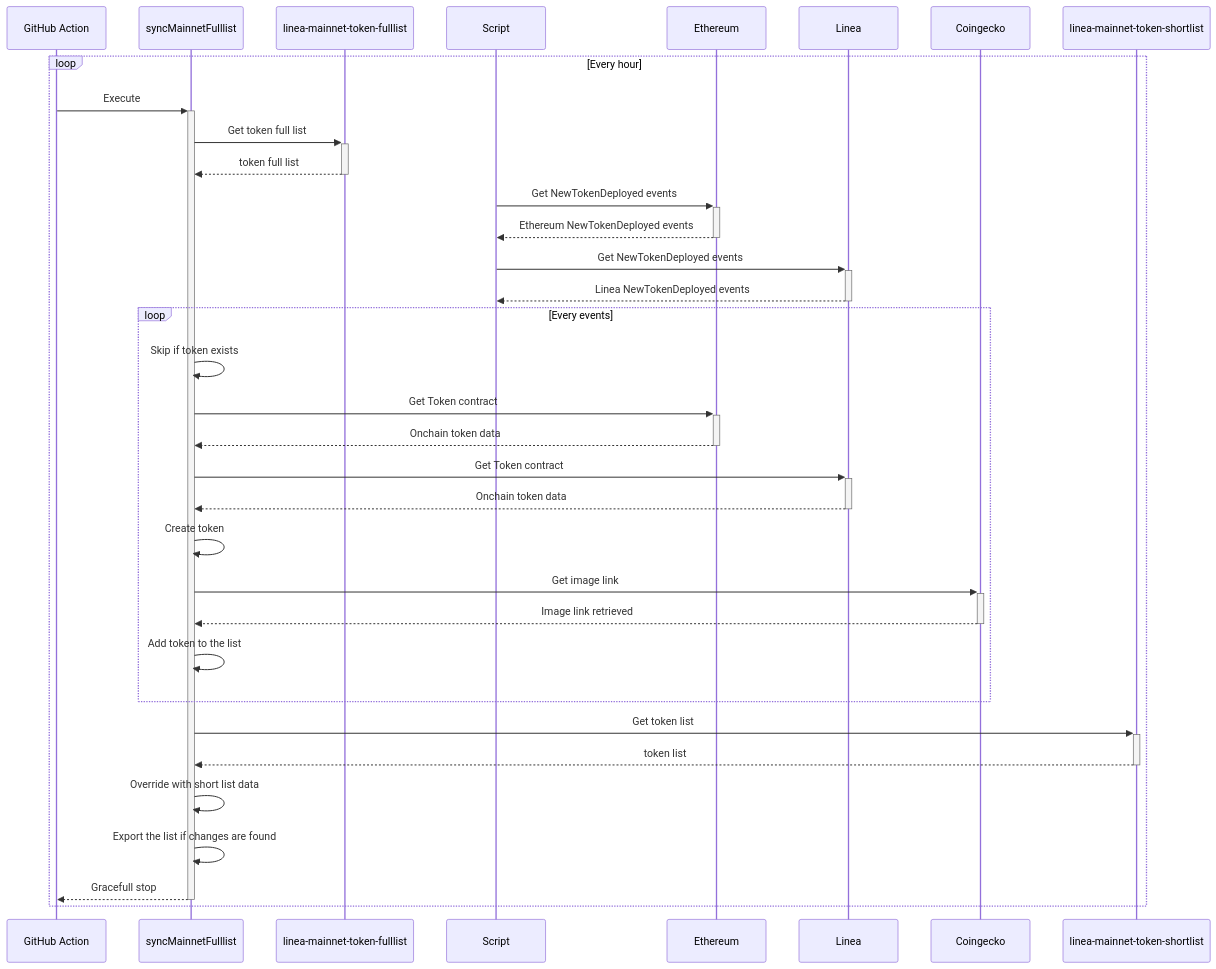
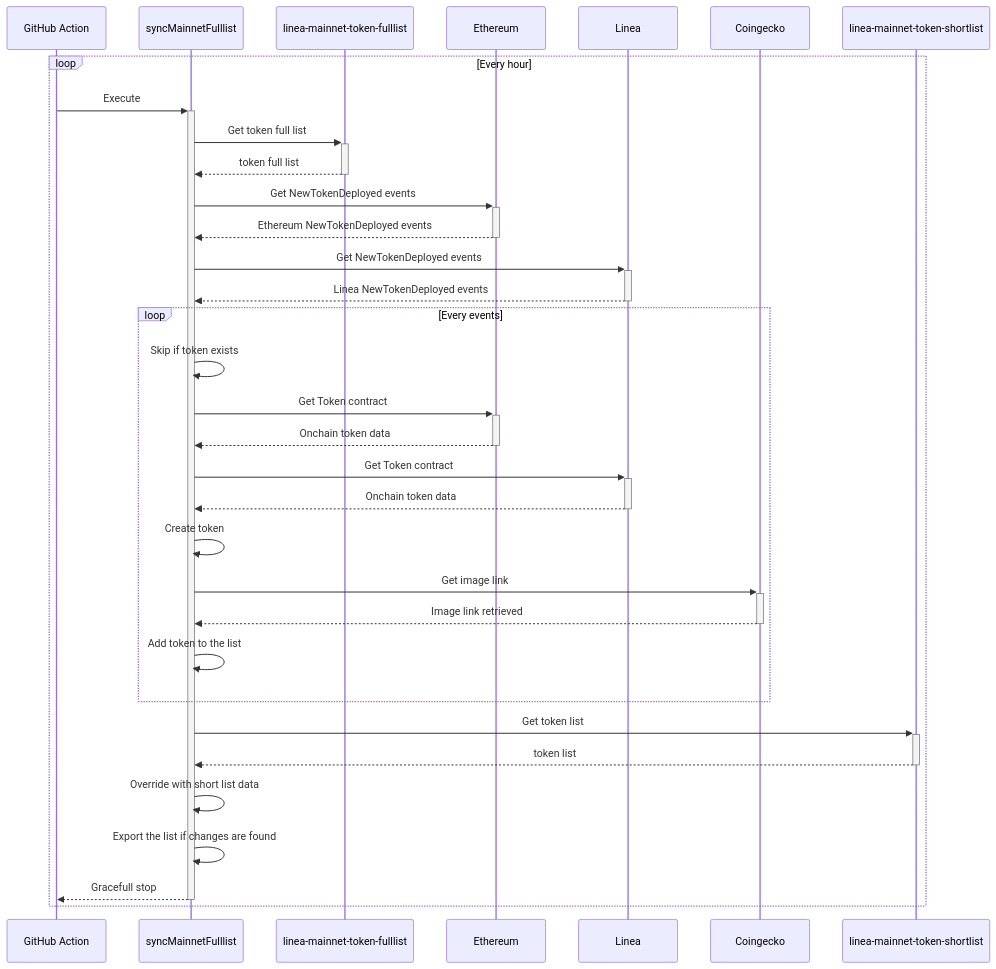
The diagram in docs/mermaid/diagrams/sync-mainnet-fulllist.mmd (Consensys/linea-token-list), drawn with Mermaid before and after one commit. The commit also changed 1 other file, not shown here.

```diff
--- a/docs/mermaid/diagrams/sync-mainnet-fulllist.mmd
+++ b/docs/mermaid/diagrams/sync-mainnet-fulllist.mmd
@@ -1,31 +1,31 @@
 sequenceDiagram
     loop Every hour
         GitHub Action->>+syncMainnetFulllist: Execute
         syncMainnetFulllist->>+linea-mainnet-token-fulllist: Get token full list
         linea-mainnet-token-fulllist-->>-syncMainnetFulllist: token full list
 
-        Script->>+Ethereum: Get NewTokenDeployed events
-        Ethereum-->>-Script: Ethereum NewTokenDeployed events
-        Script->>+Linea: Get NewTokenDeployed events
-        Linea-->>-Script: Linea NewTokenDeployed events
+        syncMainnetFulllist->>+Ethereum: Get NewTokenDeployed events
+        Ethereum-->>-syncMainnetFulllist: Ethereum NewTokenDeployed events
+        syncMainnetFulllist->>+Linea: Get NewTokenDeployed events
+        Linea-->>-syncMainnetFulllist: Linea NewTokenDeployed events
 
         loop Every events
             syncMainnetFulllist->>syncMainnetFulllist: Skip if token exists
             syncMainnetFulllist->>+Ethereum: Get Token contract
             Ethereum-->>-syncMainnetFulllist: Onchain token data
             syncMainnetFulllist->>+Linea: Get Token contract
             Linea-->>-syncMainnetFulllist: Onchain token data
 
             syncMainnetFulllist->>syncMainnetFulllist: Create token
             syncMainnetFulllist->>+Coingecko: Get image link
             Coingecko-->>-syncMainnetFulllist: Image link retrieved
             syncMainnetFulllist->>syncMainnetFulllist: Add token to the list
         end
 
         syncMainnetFulllist->>+linea-mainnet-token-shortlist: Get token list
         linea-mainnet-token-shortlist-->>-syncMainnetFulllist: token list
         syncMainnetFulllist->>syncMainnetFulllist: Override with short list data
 
         syncMainnetFulllist->>syncMainnetFulllist: Export the list if changes are found
         syncMainnetFulllist-->>-GitHub Action: Gracefull stop
     end
```
